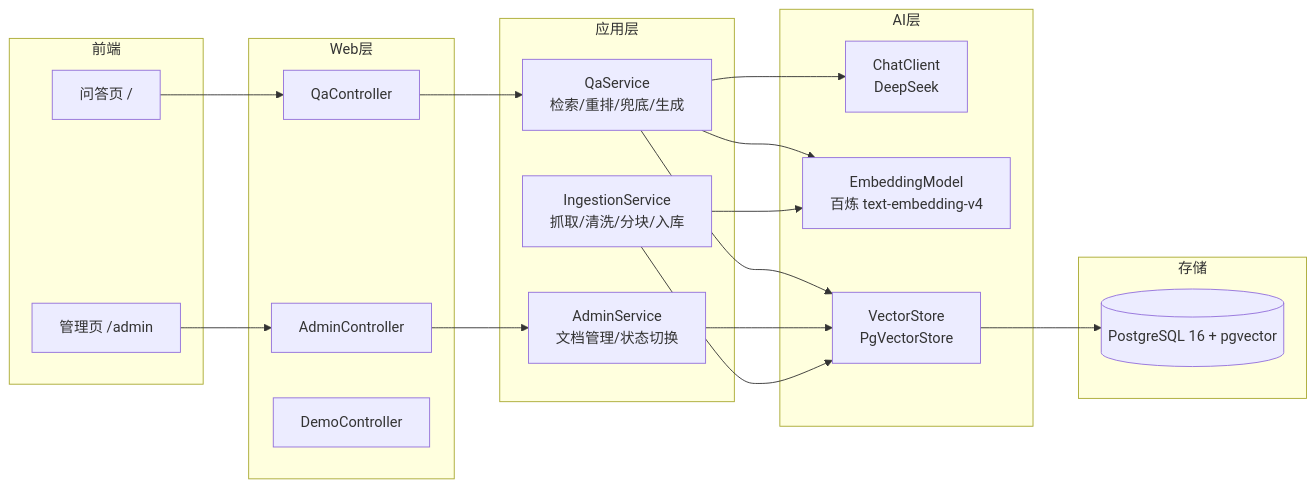
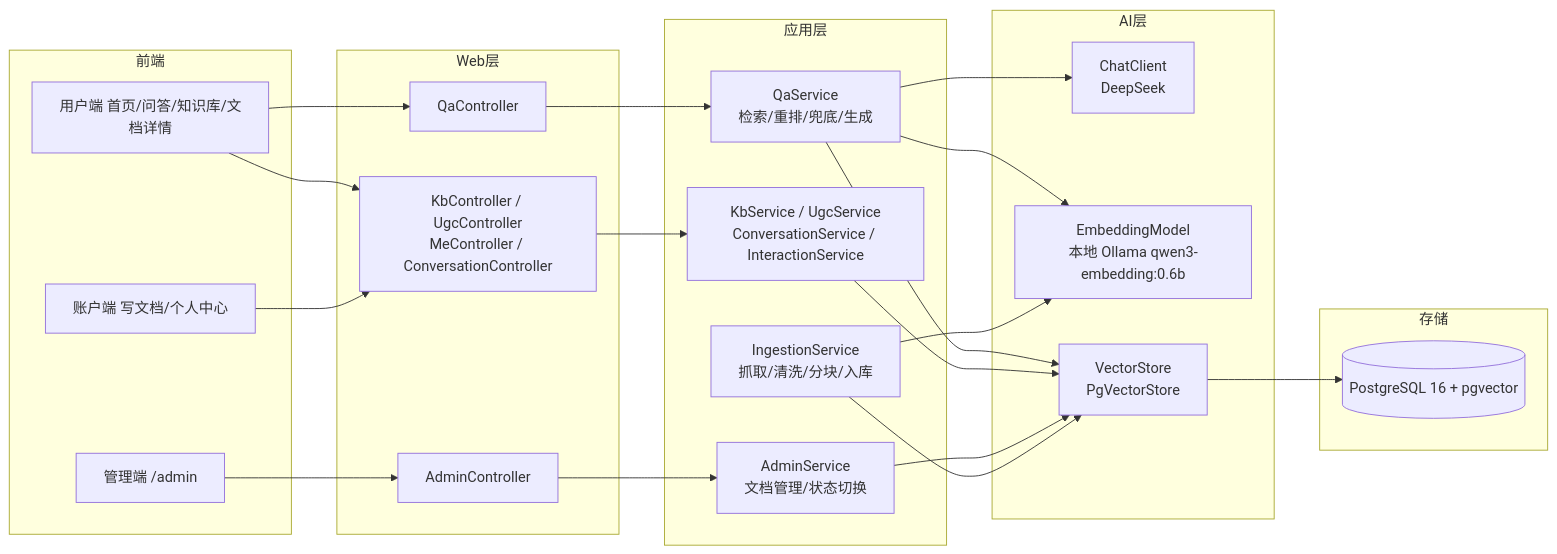
Before and after one commit to Guanqain/SpringKB-RAG: the diagram in readme.md, drawn with Mermaid. The commit also changed other lines of this file and 140 other files, not shown here.

````diff
--- a/readme.md
+++ b/readme.md
@@ -52,37 +63,43 @@
 ```mermaid
 flowchart LR
     subgraph 前端
-        Q[问答页 /]
-        A[管理页 /admin]
+        Q[用户端 首页/问答/知识库/文档详情]
+        M[账户端 写文档/个人中心]
+        A[管理端 /admin]
     end
     subgraph Web层
         QAC[QaController]
+        KBC[KbController / UgcController<br/>MeController / ConversationController]
         ADC[AdminController]
-        DC[DemoController]
     end
     subgraph 应用层
         QS[QaService<br/>检索/重排/兜底/生成]
+        KS[KbService / UgcService<br/>ConversationService / InteractionService]
         AS[AdminService<br/>文档管理/状态切换]
         IS[IngestionService<br/>抓取/清洗/分块/入库]
     end
     subgraph AI层
         CC[ChatClient<br/>DeepSeek]
-        EM[EmbeddingModel<br/>百炼 text-embedding-v4]
+        EM[EmbeddingModel<br/>本地 Ollama qwen3-embedding:0.6b]
         VS[VectorStore<br/>PgVectorStore]
     end
     subgraph 存储
         PG[(PostgreSQL 16 + pgvector)]
     end
 
     Q --> QAC
     A --> ADC
+    Q --> KBC
+    M --> KBC
     QAC --> QS
+    KBC --> KS
     ADC --> AS
     QS --> CC
     QS --> EM
     QS --> VS
+    KS --> VS
     AS --> VS
     IS --> EM
     IS --> VS
     VS --> PG
 ```
````
